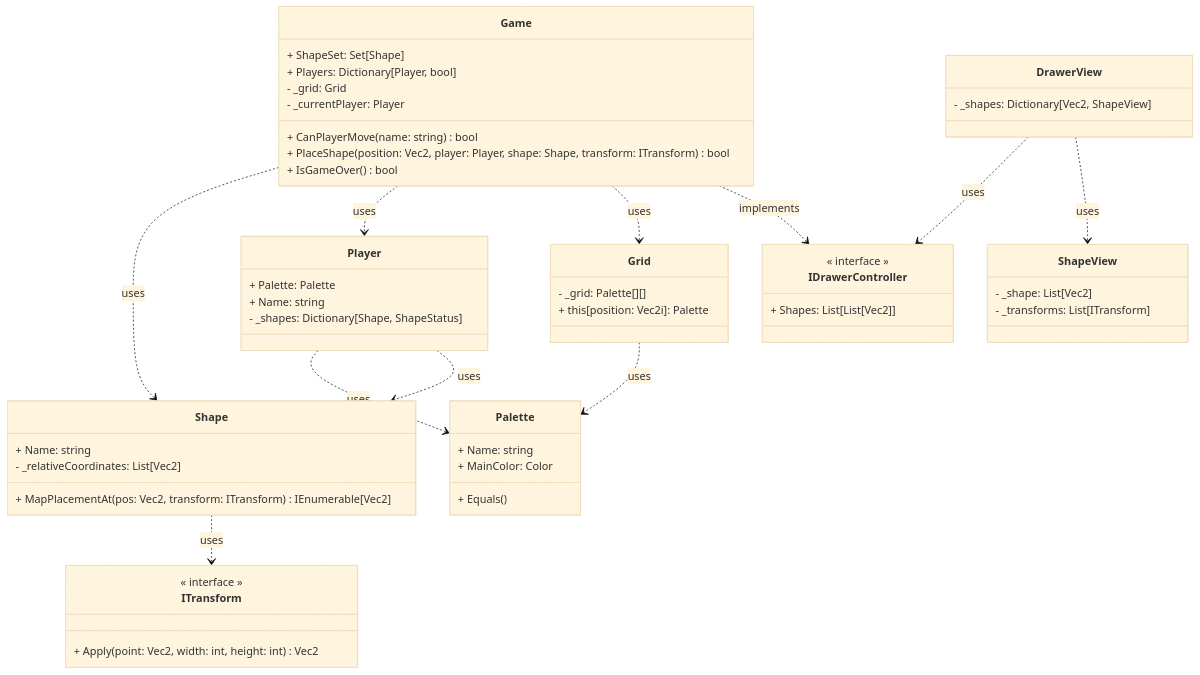
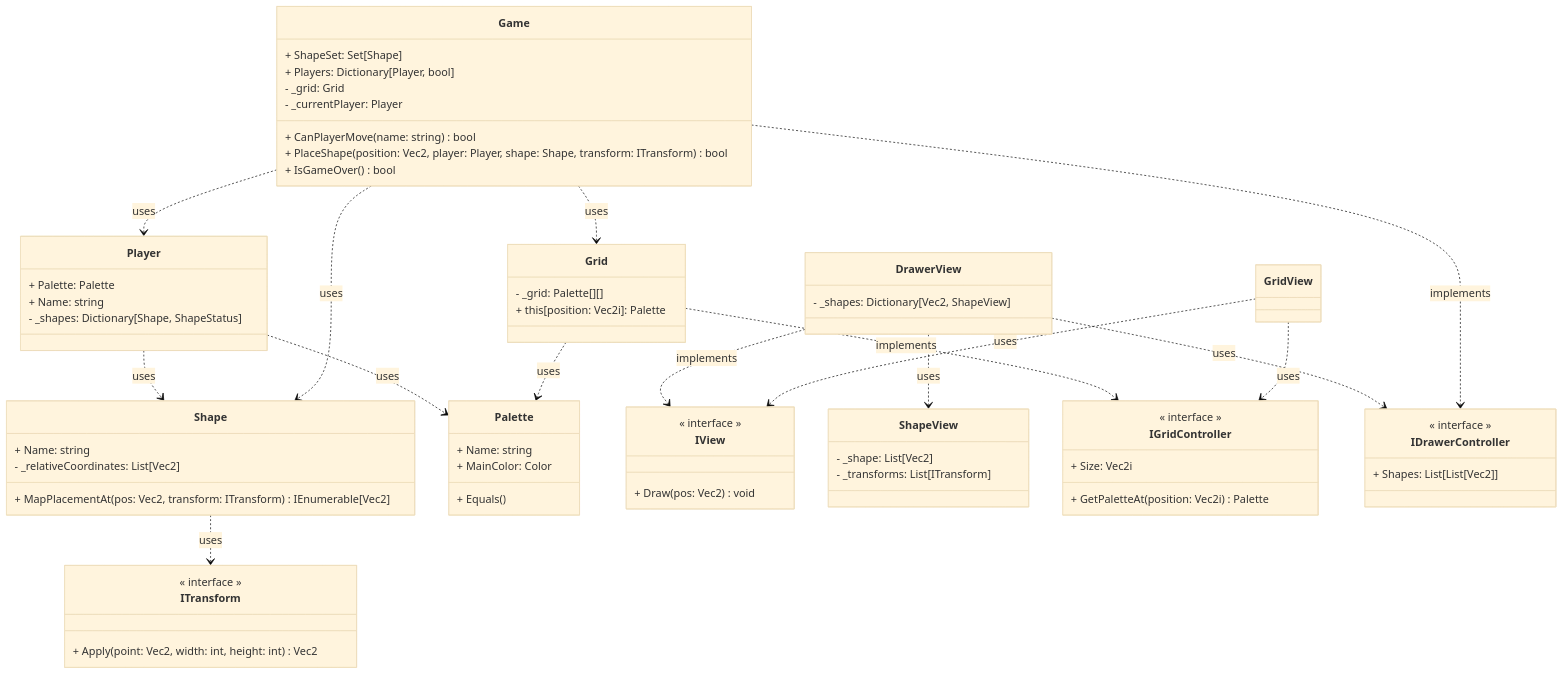
Before and after one commit to exokem/distinct-polyomino-blockade: the diagram in README.md, drawn with Mermaid (base theme).

````diff
--- a/README.md
+++ b/README.md
@@ -82,6 +82,12 @@
 
         - _shapes: Dictionary[Shape, ShapeStatus]
 
+    }
+
+    class IView {
+        << interface >>
+
+        + Draw(pos: Vec2) void
     }
 
     class Grid {
@@ -117,6 +123,17 @@
         - _shapes: Dictionary[Vec2, ShapeView]
     }
 
+    class GridView {
+
+    }
+
+    class IGridController {
+        << interface >>
+
+        + Size: Vec2i
+        + GetPaletteAt(position: Vec2i) Palette
+    }
+
     class IDrawerController {
         << interface >>
 
@@ -126,14 +143,19 @@
 
     DrawerView ..> ShapeView : uses
     DrawerView ..> IDrawerController : uses
+    DrawerView ..> IView : implements
 
     Game ..> IDrawerController : implements
 
     Game ..> Grid : uses
     Game ..> Player : uses
-    Player ..> Shape : uses 
+    Player ..> Shape : uses
     Game ..> Shape : uses
     Player ..> Palette : uses
     Grid ..> Palette : uses
     Shape ..> ITransform : uses
+
+    Grid ..> IGridController : implements
+    GridView ..> IGridController : uses
+    GridView ..> IView : uses
 ```
````
